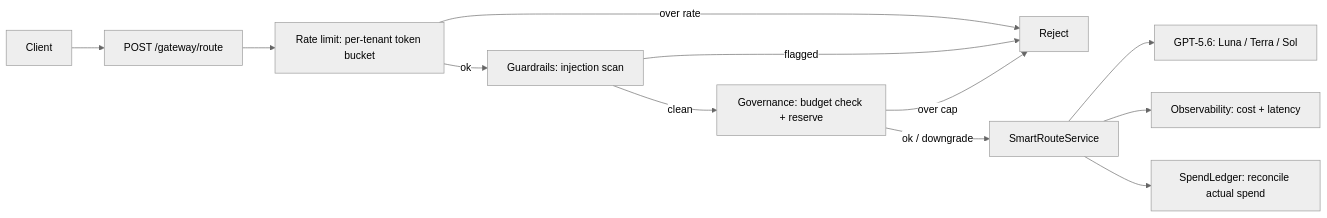
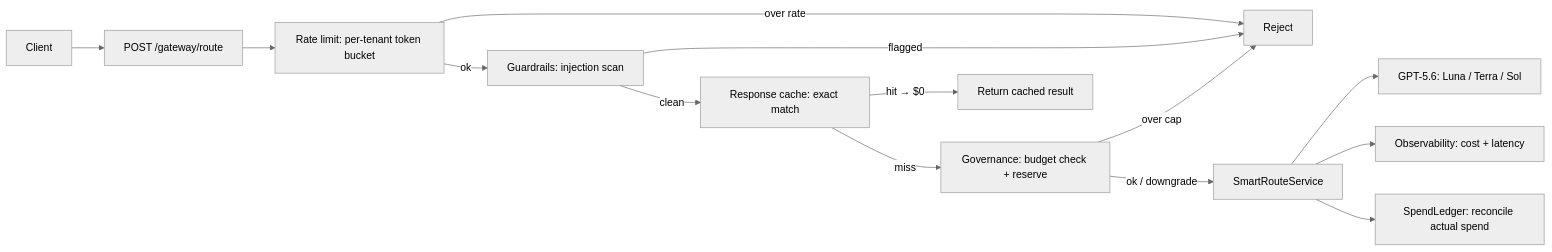
The diagram in README.md (vamsiduppala/smartroute), drawn with Mermaid (neutral theme) before and after one commit. The commit also changed other lines of this file and 3 other files, not shown here.

````diff
--- a/README.md
+++ b/README.md
@@ -57,14 +58,16 @@
 ```mermaid
 flowchart LR
     C[Client] --> G["POST /gateway/route"]
     G --> RL[Rate limit: per-tenant token bucket]
     RL -->|over rate| X[Reject]
     RL -->|ok| GR[Guardrails: injection scan]
     GR -->|flagged| X
-    GR -->|clean| BG[Governance: budget check + reserve]
+    GR -->|clean| CA[Response cache: exact match]
+    CA -->|hit → $0| RESP[Return cached result]
+    CA -->|miss| BG[Governance: budget check + reserve]
     BG -->|over cap| X
     BG -->|ok / downgrade| R[SmartRouteService]
     R --> Tiers["GPT-5.6: Luna / Terra / Sol"]
     R --> OB[Observability: cost + latency]
     R --> LG[SpendLedger: reconcile actual spend]
 ```
````
